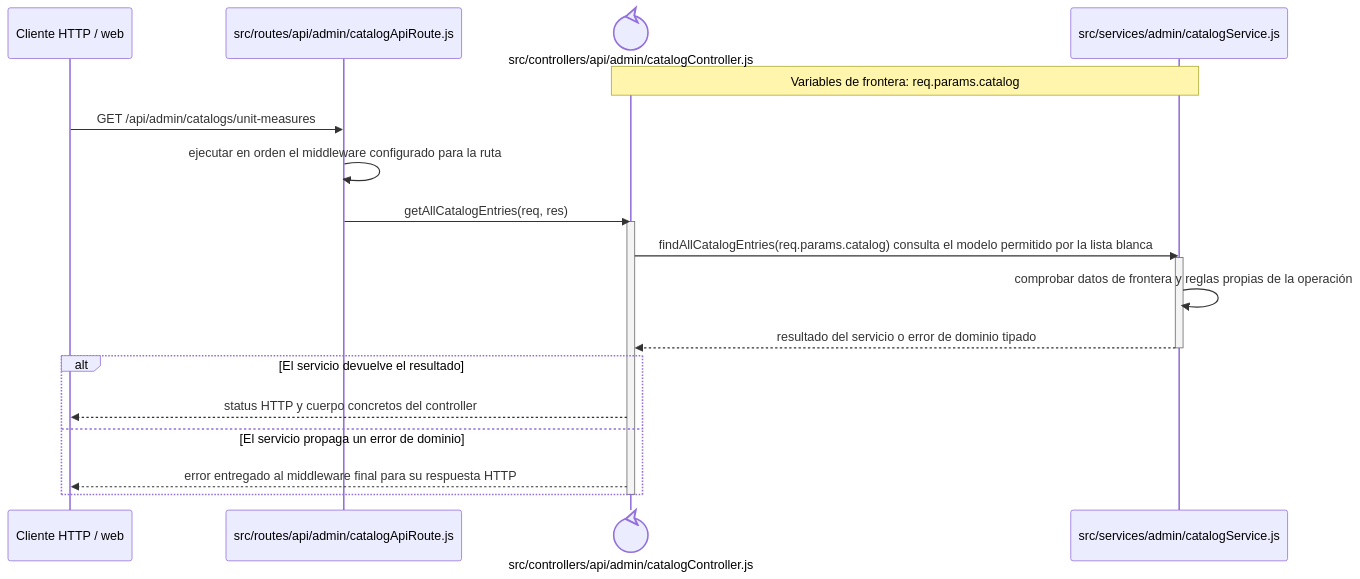
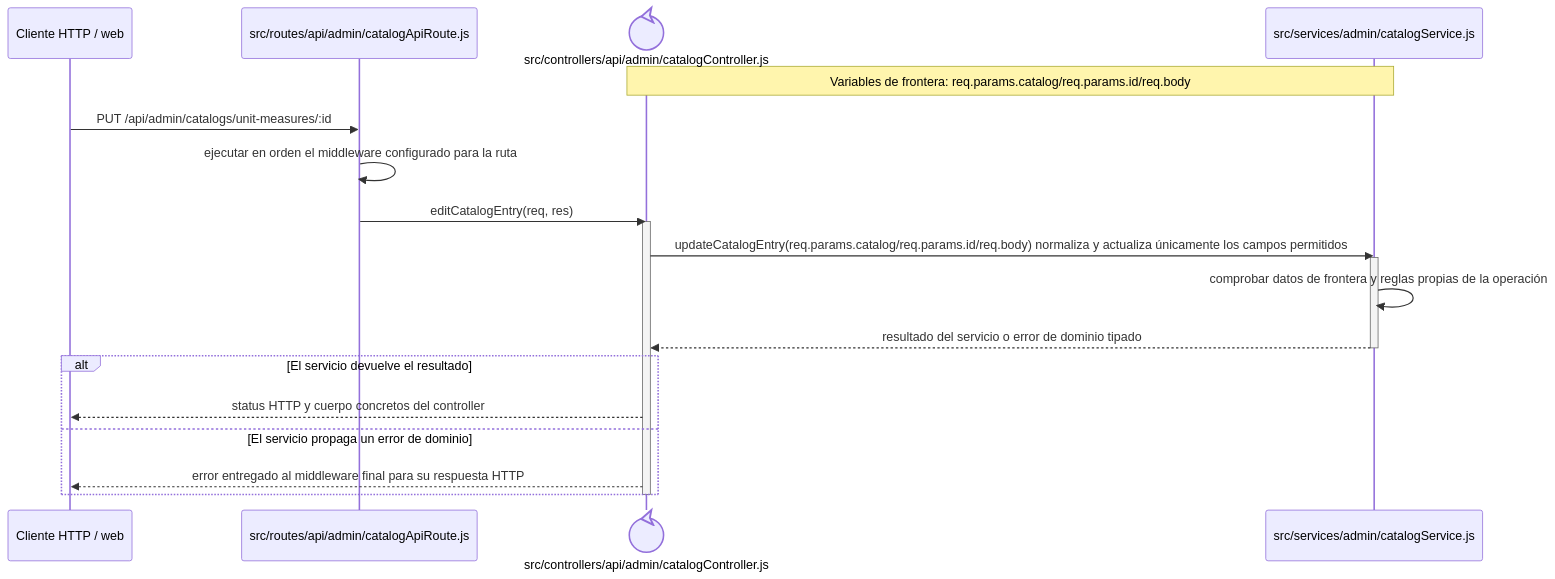
The diagram in docs/architecture/backend-code-sequences/catalogs/cu-cat-36.md (gpgsistemas01/nexus), drawn with Mermaid before and after one commit. The commit also changed other lines of this file and 207 other files, not shown here.

````diff
--- a/docs/architecture/backend-code-sequences/catalogs/cu-cat-36.md
+++ b/docs/architecture/backend-code-sequences/catalogs/cu-cat-36.md
@@ -6,24 +6,24 @@
 ```mermaid
 sequenceDiagram
     participant Client as Cliente HTTP / web
     participant Route as src/routes/api/admin/catalogApiRoute.js
     participant Controller@{ "type": "control" } as src/controllers/api/admin/catalogController.js
     participant Domain as src/services/admin/catalogService.js
-    Note over Controller,Domain: Variables de frontera: req.params.catalog
+    Note over Controller,Domain: Variables de frontera: req.params.catalog/req.params.id/req.body
 
-    Client->>Route: GET /api/admin/catalogs/unit-measures
+    Client->>Route: PUT /api/admin/catalogs/unit-measures/:id
     Route->>Route: ejecutar en orden el middleware configurado para la ruta
-    Route->>Controller: getAllCatalogEntries(req, res)
+    Route->>Controller: editCatalogEntry(req, res)
     activate Controller
-    Controller->>Domain: findAllCatalogEntries(req.params.catalog) consulta el modelo permitido por la lista blanca
+    Controller->>Domain: updateCatalogEntry(req.params.catalog/req.params.id/req.body) normaliza y actualiza únicamente los campos permitidos
     activate Domain
     Domain->>Domain: comprobar datos de frontera y reglas propias de la operación
     Domain-->>Controller: resultado del servicio o error de dominio tipado
     deactivate Domain
     alt El servicio devuelve el resultado
         Controller-->>Client: status HTTP y cuerpo concretos del controller
     else El servicio propaga un error de dominio
         Controller-->>Client: error entregado al middleware final para su respuesta HTTP
     end
     deactivate Controller
 ```
````
